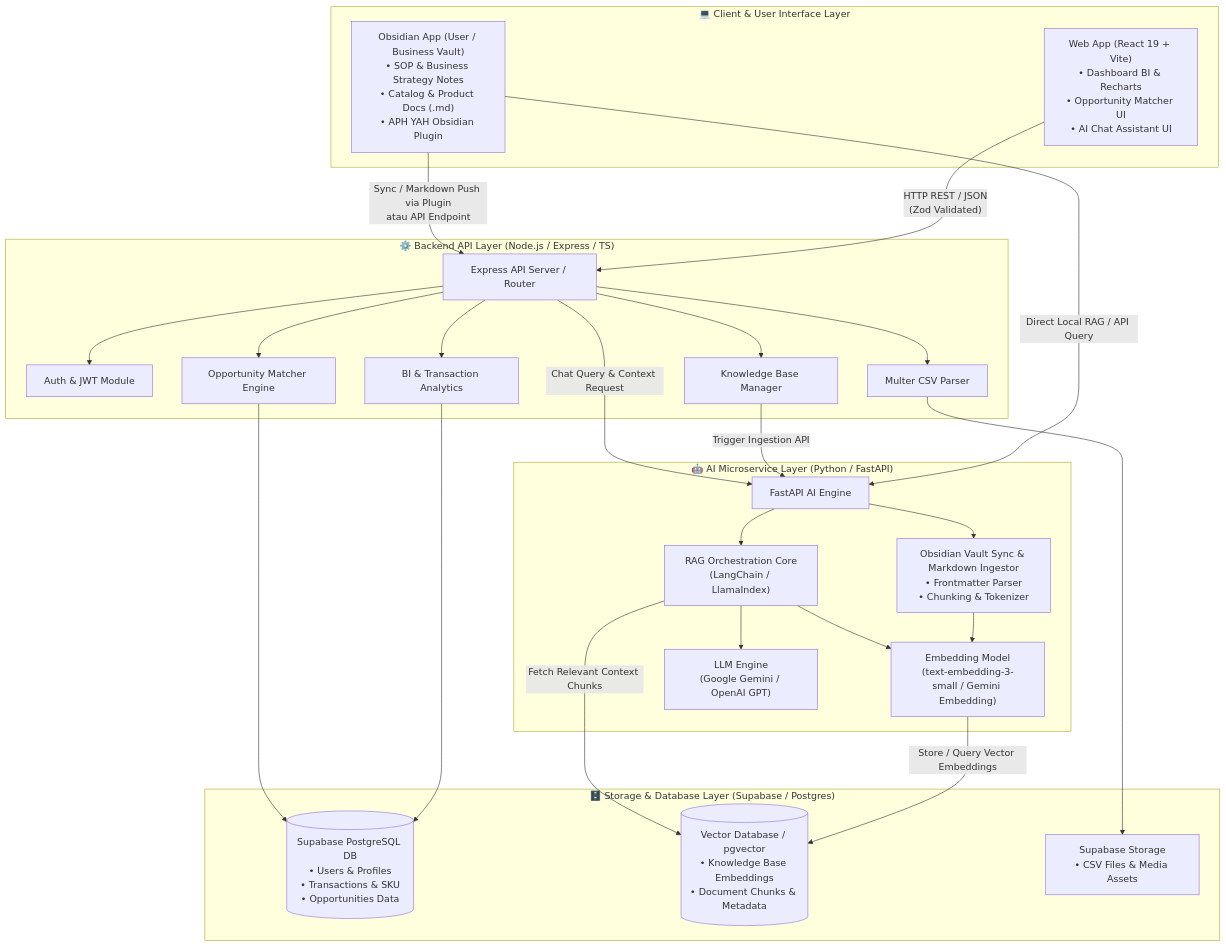
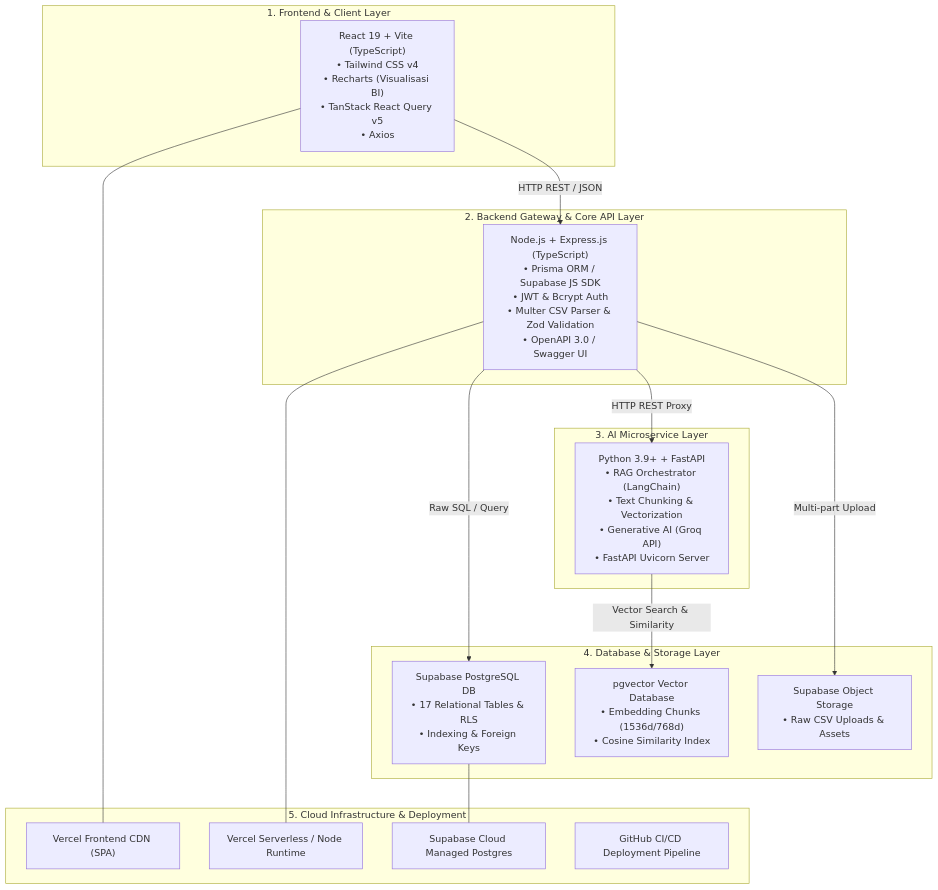
One commit to Couraa0/Strategiku changed the first of 6 diagrams in Diagram.md. Above: the diagram before and after it, drawn with Mermaid. The commit also changed other lines of this file and 24 other files, not shown here.

````diff
--- a/Diagram.md
+++ b/Diagram.md
@@ -11,61 +11,36 @@
 ```mermaid
-graph TB
-    subgraph CLIENT_LAYER["💻 Client & User Interface Layer"]
-        FE["Web App (React 19 + Vite)<br/>• Dashboard BI & Recharts<br/>• Opportunity Matcher UI<br/>• AI Chat Assistant UI"]
-        OBS["Obsidian App (User / Business Vault)<br/>• SOP & Business Strategy Notes<br/>• Catalog & Product Docs (.md)<br/>• APH YAH Obsidian Plugin"]
+graph TD
+    subgraph CLIENT_LAYER["1. Frontend & Client Layer"]
+        FE["React 19 + Vite (TypeScript)<br/>• Tailwind CSS v4<br/>• Recharts (Visualisasi BI)<br/>• TanStack React Query v5<br/>• Axios"]
     end
 
-    subgraph BACKEND_LAYER["⚙️ Backend API Layer (Node.js / Express / TS)"]
-        API_GW["Express API Server / Router"]
-        AUTH["Auth & JWT Module"]
-        BI_MOD["BI & Transaction Analytics"]
-        OPP_MOD["Opportunity Matcher Engine"]
-        KB_MOD["Knowledge Base Manager"]
-        MULTER["Multer CSV Parser"]
+    subgraph BACKEND_LAYER["2. Backend Gateway & Core API Layer"]
+        API["Node.js + Express.js (TypeScript)<br/>• Prisma ORM / Supabase JS SDK<br/>• JWT & Bcrypt Auth<br/>• Multer CSV Parser & Zod Validation<br/>• OpenAPI 3.0 / Swagger UI"]
     end
 
-    subgraph AI_LAYER["🤖 AI Microservice Layer (Python / FastAPI)"]
-        FAST_API["FastAPI AI Engine"]
-        RAG_ENG["RAG Orchestration Core<br/>(LangChain / LlamaIndex)"]
-        INGEST_ENG["Obsidian Vault Sync & Markdown Ingestor<br/>• Frontmatter Parser<br/>• Chunking & Tokenizer"]
-        EMBED_ENG["Embedding Model<br/>(text-embedding-3-small / Gemini Embedding)"]
-        LLM_ENG["LLM Engine<br/>(Google Gemini / OpenAI GPT)"]
+    subgraph AI_LAYER["3. AI Microservice Layer"]
+        AI_ENG["Python 3.9+ + FastAPI<br/>• RAG Orchestrator (LangChain)<br/>• Text Chunking & Vectorization<br/>• Generative AI (Groq API)<br/>• FastAPI Uvicorn Server"]
     end
 
-    subgraph DATA_LAYER["🗄️ Storage & Database Layer (Supabase / Postgres)"]
-        PG_DB[("Supabase PostgreSQL DB<br/>• Users & Profiles<br/>• Transactions & SKU<br/>• Opportunities Data")]
-        VEC_DB[("Vector Database / pgvector<br/>• Knowledge Base Embeddings<br/>• Document Chunks & Metadata")]
-        STORAGE["Supabase Storage<br/>• CSV Files & Media Assets"]
+    subgraph DATA_LAYER["4. Database & Storage Layer"]
+        PG["Supabase PostgreSQL DB<br/>• 17 Relational Tables & RLS<br/>• Indexing & Foreign Keys"]
+        VEC["pgvector Vector Database<br/>• Embedding Chunks (1536d/768d)<br/>• Cosine Similarity Index"]
+        STORE["Supabase Object Storage<br/>• Raw CSV Uploads & Assets"]
     end
 
-    %% Client Interactions
-    FE -->|"HTTP REST / JSON<br/>(Zod Validated)"| API_GW
-    OBS -->|"Sync / Markdown Push via Plugin<br/>atau API Endpoint"| API_GW
-    OBS -->|"Direct Local RAG / API Query"| FAST_API
+    subgraph INFRA_LAYER["5. Cloud Infrastructure & Deployment"]
+        VERCEL_FE["Vercel Frontend CDN (SPA)"]
+        VERCEL_BE["Vercel Serverless / Node Runtime"]
+        SUPA_CLOUD["Supabase Cloud Managed Postgres"]
+        GITHUB["GitHub CI/CD Deployment Pipeline"]
+    end
 
-    %% Backend Routing & Data Flow
-    API_GW --> AUTH
-    API_GW --> BI_MOD
-    API_GW --> OPP_MOD
-    API_GW --> KB_MOD
-    API_GW --> MULTER
-
-    BI_MOD --> PG_DB
-    OPP_MOD --> PG_DB
-    MULTER --> STORAGE
-
-    %% Backend to AI Microservice
-    KB_MOD -->|"Trigger Ingestion API"| FAST_API
-    API_GW -->|"Chat Query & Context Request"| FAST_API
-
-    %% AI Microservice Logic & Embeddings
-    FAST_API --> RAG_ENG
-    FAST_API --> INGEST_ENG
-    INGEST_ENG --> EMBED_ENG
-    RAG_ENG --> EMBED_ENG
-    RAG_ENG --> LLM_ENG
-
-    %% AI Database Operations
-    EMBED_ENG -->|"Store / Query Vector Embeddings"| VEC_DB
-    RAG_ENG -->|"Fetch Relevant Context Chunks"| VEC_DB
+    FE -->|HTTP REST / JSON| API
+    API -->|Raw SQL / Query| PG
+    API -->|Multi-part Upload| STORE
+    API -->|HTTP REST Proxy| AI_ENG
+    AI_ENG -->|Vector Search & Similarity| VEC
+    FE --- VERCEL_FE
+    API --- VERCEL_BE
+    PG --- SUPA_CLOUD
 ```
````
